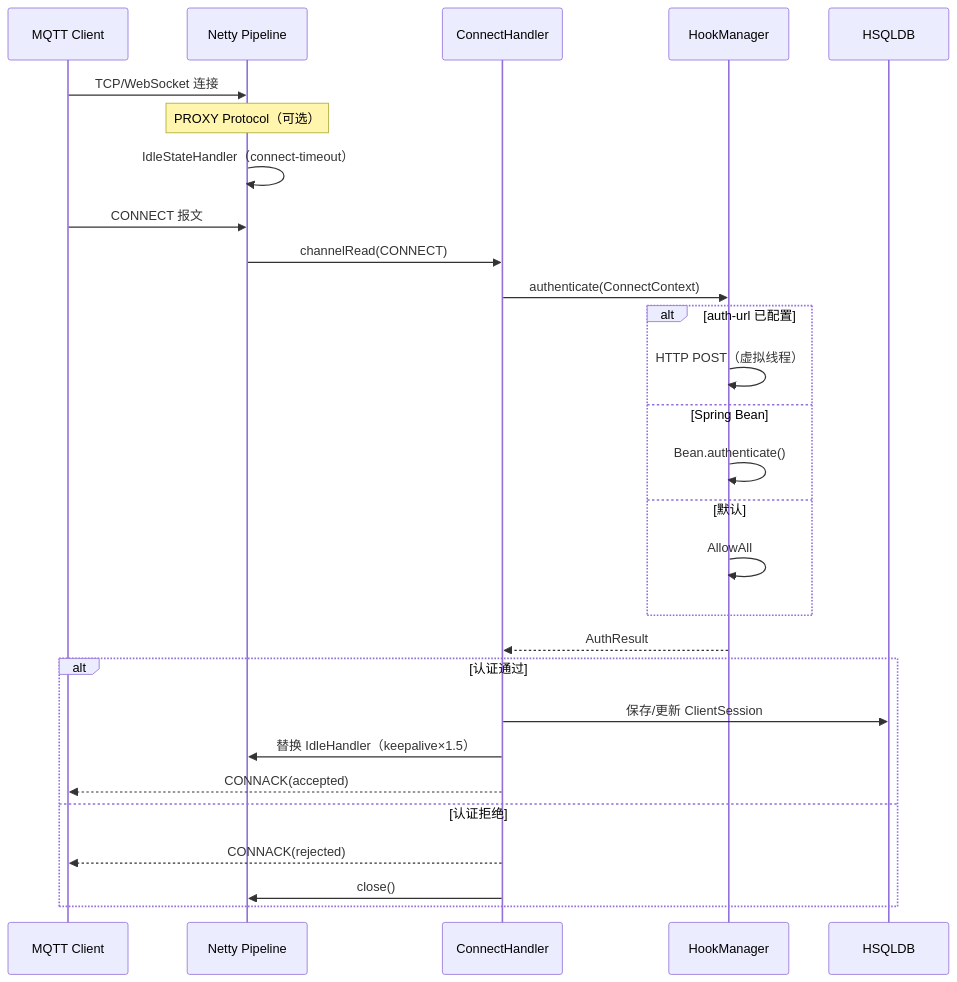
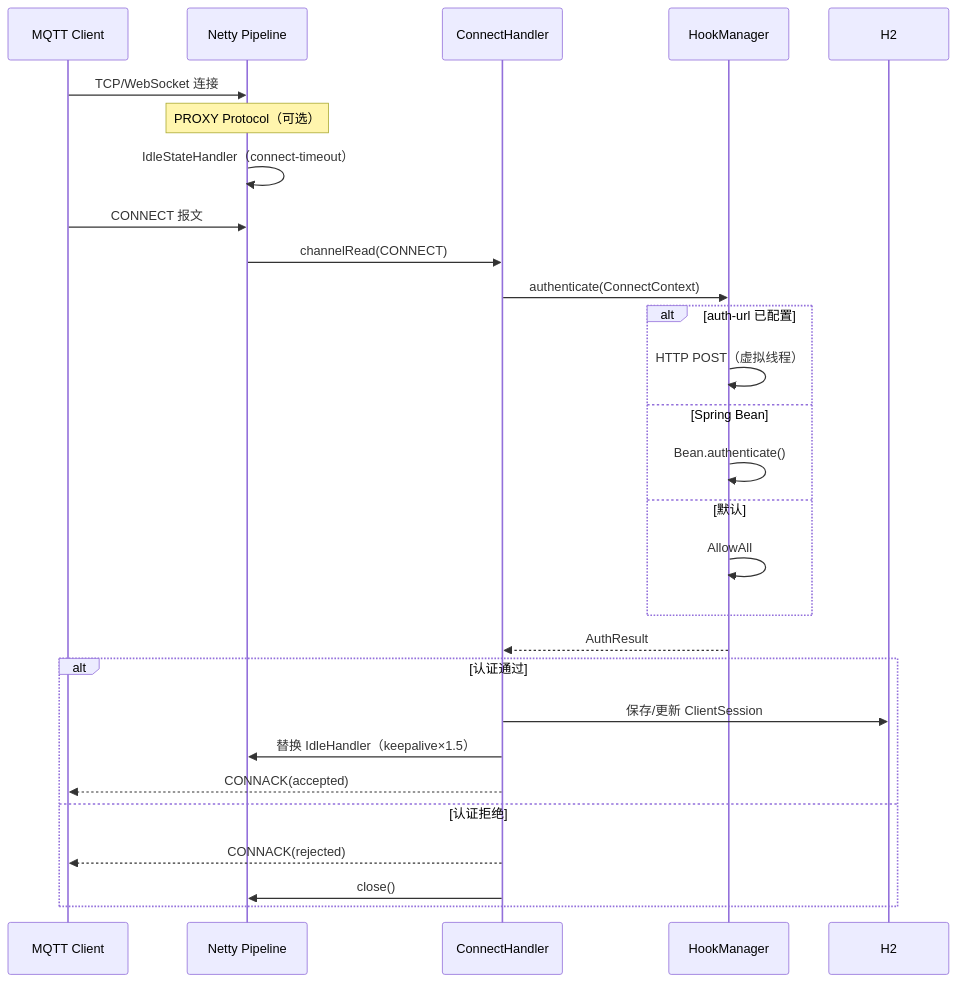
Before and after one commit to forkcc/QuickMQ: the second of 4 diagrams in README.md, drawn with Mermaid. The commit also changed other lines of this file and 9 other files, not shown here.

Commit message:
chore: 迁移数据库从HSQLDB到H2，更新文档和图表

````diff
--- a/README.md
+++ b/README.md
@@ -143,31 +143,31 @@
 ```mermaid
 sequenceDiagram
     participant C as MQTT Client
     participant N as Netty Pipeline
     participant H as ConnectHandler
     participant HM as HookManager
-    participant DB as HSQLDB
+    participant DB as H2
 
     C->>N: TCP/WebSocket 连接
     Note over N: PROXY Protocol（可选）
     N->>N: IdleStateHandler（connect-timeout）
     C->>N: CONNECT 报文
     N->>H: channelRead(CONNECT)
     H->>HM: authenticate(ConnectContext)
     alt auth-url 已配置
         HM->>HM: HTTP POST（虚拟线程）
     else Spring Bean
         HM->>HM: Bean.authenticate()
     else 默认
         HM->>HM: AllowAll
     end
     HM-->>H: AuthResult
     alt 认证通过
         H->>DB: 保存/更新 ClientSession
         H->>N: 替换 IdleHandler（keepalive×1.5）
         H-->>C: CONNACK(accepted)
     else 认证拒绝
         H-->>C: CONNACK(rejected)
         H->>N: close()
     end
 ```
````
